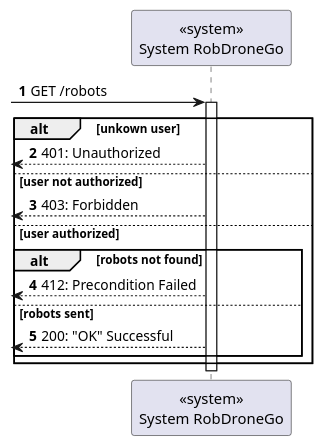
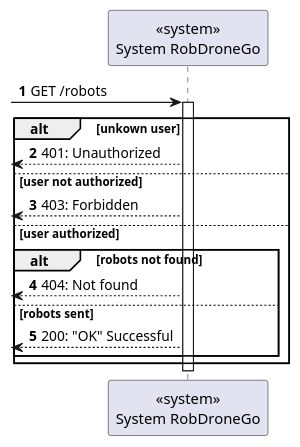
One commit to Departamento-de-Engenharia-Informatica/lapr5-23-24-g19 changed the diagram in docs/us380/level1/process-view.puml. Above: the diagram before and after it, drawn with PlantUML. The commit also changed 51 other files, not shown here.

Commit message:
docs(us270,280,290,310,350,380): updated response code "404: Not found"

```diff
--- a/docs/us380/level1/process-view.puml
+++ b/docs/us380/level1/process-view.puml
@@ -1,27 +1,27 @@
 @startuml
 autonumber
 
 
 participant "<<system>>\nSystem RobDroneGo" as sys
 
 
 [-> sys: GET /robots
 
     activate sys
 
     alt unkown user
                 [<-- sys : 401: Unauthorized
             else user not authorized
                 [<-- sys : 403: Forbidden
             else user authorized
 
             alt robots not found
-                [<-- sys : 412: Precondition Failed
+                [<-- sys : 404: Not found
             else robots sent
                 [<-- sys : 200: "OK" Successful
     end
 end
 deactivate sys
 
 
 @enduml
```
